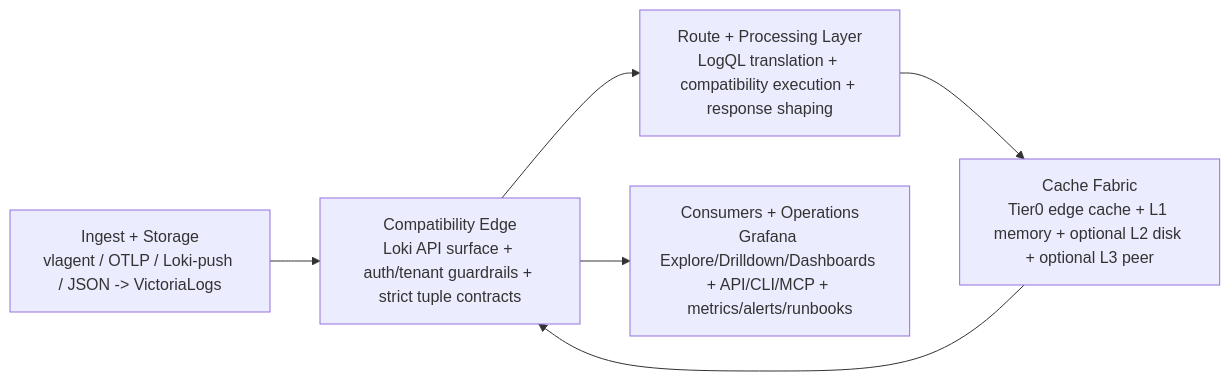
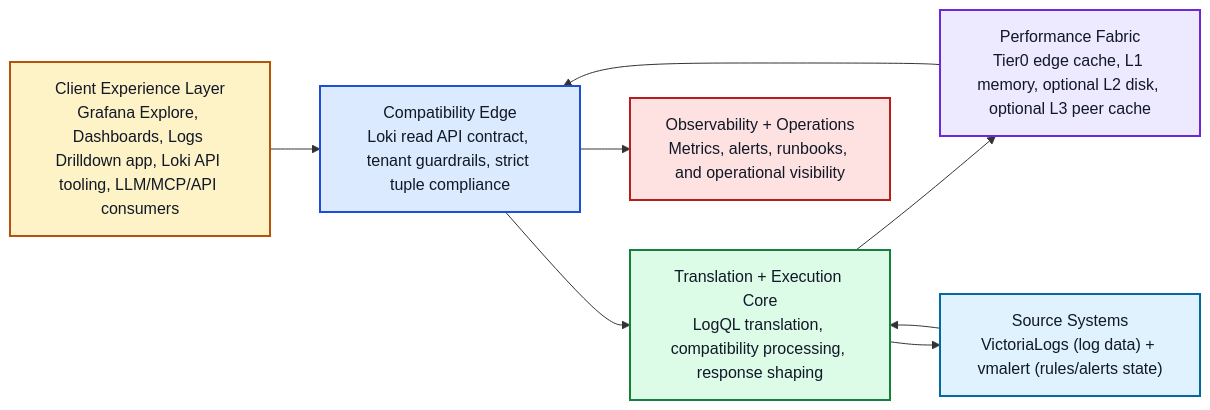
Before and after one commit to ReliablyObserve/loki-vl-proxy: the first of 2 diagrams in README.md, drawn with Mermaid.

Commit message:
docs(readme): refine high-level architecture clients and sources

````diff
--- a/README.md
+++ b/README.md
@@ -24,11 +24,21 @@
 ```mermaid
 flowchart LR
-    A["Ingest + Storage<br/>vlagent / OTLP / Loki-push / JSON -> VictoriaLogs"]
-    B["Compatibility Edge<br/>Loki API surface + auth/tenant guardrails + strict tuple contracts"]
-    C["Route + Processing Layer<br/>LogQL translation + compatibility execution + response shaping"]
-    D["Cache Fabric<br/>Tier0 edge cache + L1 memory + optional L2 disk + optional L3 peer"]
-    E["Consumers + Operations<br/>Grafana Explore/Drilldown/Dashboards + API/CLI/MCP + metrics/alerts/runbooks"]
+    A["Client Experience Layer<br/>Grafana Explore, Dashboards, Logs Drilldown app, Loki API tooling, LLM/MCP/API consumers"]
+    B["Compatibility Edge<br/>Loki read API contract, tenant guardrails, strict tuple compliance"]
+    C["Translation + Execution Core<br/>LogQL translation, compatibility processing, response shaping"]
+    D["Performance Fabric<br/>Tier0 edge cache, L1 memory, optional L2 disk, optional L3 peer cache"]
+    E["Observability + Operations<br/>Metrics, alerts, runbooks, and operational visibility"]
+    F["Source Systems<br/>VictoriaLogs (log data) + vmalert (rules/alerts state)"]
 
     A --> B --> C --> D --> B
+    C --> F
+    F --> C
     B --> E
+
+    style A fill:#fef3c7,stroke:#b45309,color:#111827,stroke-width:2px
+    style B fill:#dbeafe,stroke:#1d4ed8,color:#111827,stroke-width:2px
+    style C fill:#dcfce7,stroke:#15803d,color:#111827,stroke-width:2px
+    style D fill:#ede9fe,stroke:#6d28d9,color:#111827,stroke-width:2px
+    style E fill:#fee2e2,stroke:#b91c1c,color:#111827,stroke-width:2px
+    style F fill:#e0f2fe,stroke:#0369a1,color:#111827,stroke-width:2px
 ```
````
